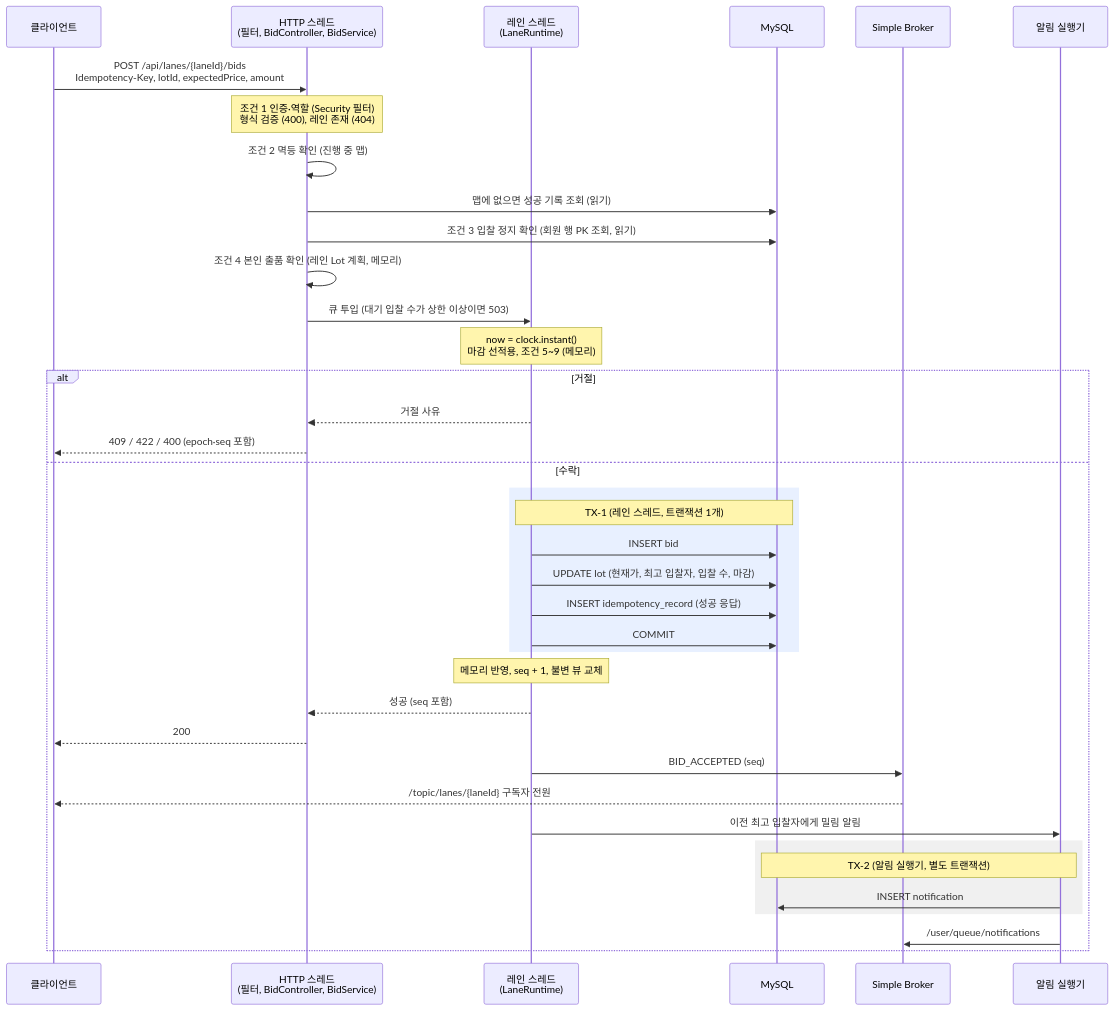
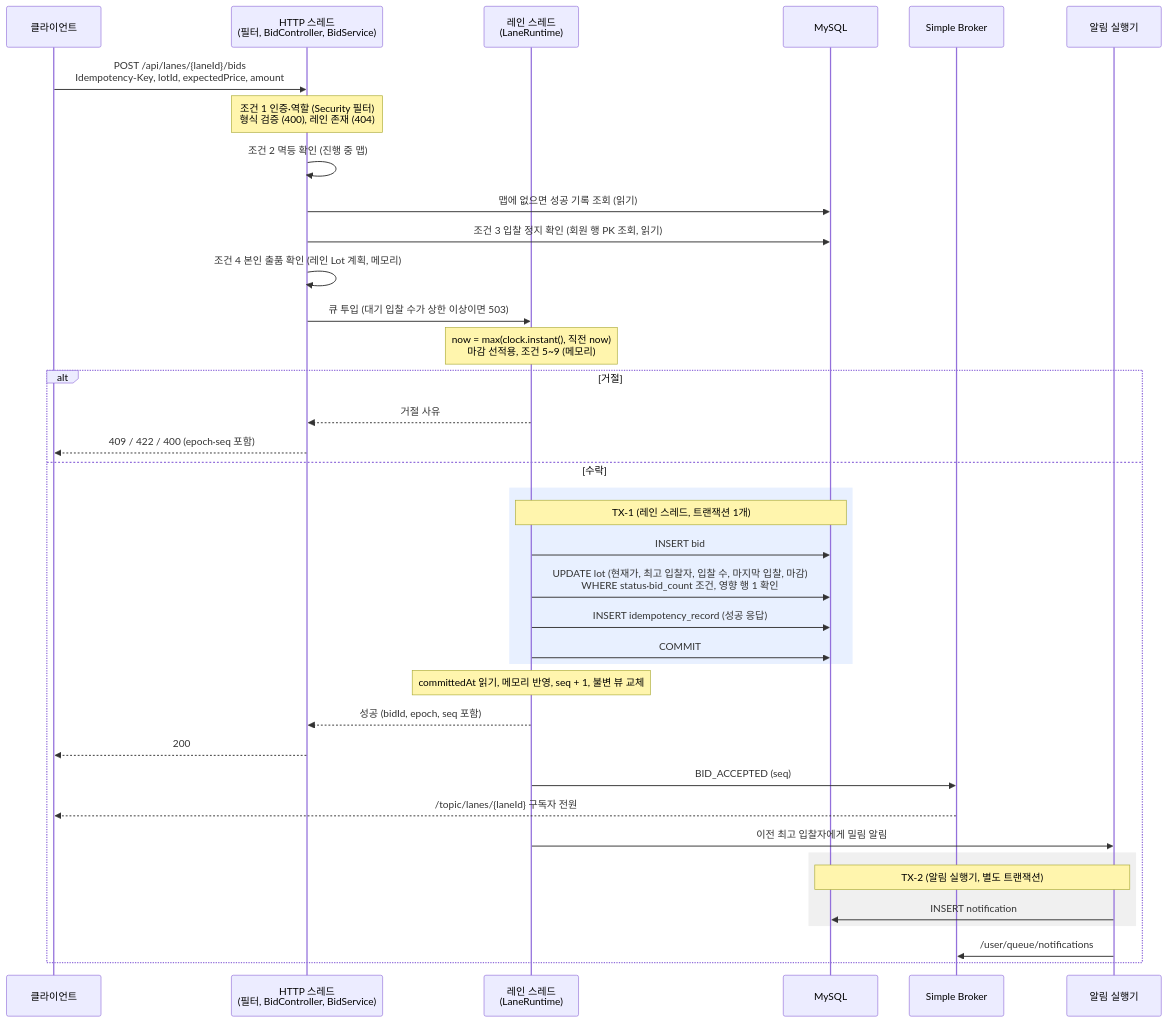
The third of 4 diagrams in docs/ARCHITECTURE.md (songstone/four-lane-auction), drawn with Mermaid before and after one commit. The commit also changed other lines of this file and 2 other files, not shown here.

First line of the commit message:
docs: 아키텍처 리뷰 결정 반영 (PRD 0.4, CHALLENGES 0.2, ARCHITECTURE 0.2)

````diff
--- a/docs/ARCHITECTURE.md
+++ b/docs/ARCHITECTURE.md
@@ -1044,41 +1101,41 @@
 ```mermaid
 sequenceDiagram
     participant C as 클라이언트
     participant H as HTTP 스레드<br/>(필터, BidController, BidService)
     participant L as 레인 스레드<br/>(LaneRuntime)
     participant DB as MySQL
     participant BR as Simple Broker
     participant N as 알림 실행기
 
     C->>H: POST /api/lanes/{laneId}/bids<br/>Idempotency-Key, lotId, expectedPrice, amount
     Note over H: 조건 1 인증·역할 (Security 필터)<br/>형식 검증 (400), 레인 존재 (404)
     H->>H: 조건 2 멱등 확인 (진행 중 맵)
     H->>DB: 맵에 없으면 성공 기록 조회 (읽기)
     H->>DB: 조건 3 입찰 정지 확인 (회원 행 PK 조회, 읽기)
     H->>H: 조건 4 본인 출품 확인 (레인 Lot 계획, 메모리)
     H->>L: 큐 투입 (대기 입찰 수가 상한 이상이면 503)
-    Note over L: now = clock.instant()<br/>마감 선적용, 조건 5~9 (메모리)
+    Note over L: now = max(clock.instant(), 직전 now)<br/>마감 선적용, 조건 5~9 (메모리)
     alt 거절
         L-->>H: 거절 사유
         H-->>C: 409 / 422 / 400 (epoch·seq 포함)
     else 수락
         rect rgb(232, 240, 255)
             Note over L,DB: TX-1 (레인 스레드, 트랜잭션 1개)
             L->>DB: INSERT bid
-            L->>DB: UPDATE lot (현재가, 최고 입찰자, 입찰 수, 마감)
+            L->>DB: UPDATE lot (현재가, 최고 입찰자, 입찰 수, 마지막 입찰, 마감)<br/>WHERE status·bid_count 조건, 영향 행 1 확인
             L->>DB: INSERT idempotency_record (성공 응답)
             L->>DB: COMMIT
         end
-        Note over L: 메모리 반영, seq + 1, 불변 뷰 교체
-        L-->>H: 성공 (seq 포함)
+        Note over L: committedAt 읽기, 메모리 반영, seq + 1, 불변 뷰 교체
+        L-->>H: 성공 (bidId, epoch, seq 포함)
         H-->>C: 200
         L->>BR: BID_ACCEPTED (seq)
         BR-->>C: /topic/lanes/{laneId} 구독자 전원
         L->>N: 이전 최고 입찰자에게 밀림 알림
         rect rgb(240, 240, 240)
             Note over N,DB: TX-2 (알림 실행기, 별도 트랜잭션)
             N->>DB: INSERT notification
         end
         N->>BR: /user/queue/notifications
     end
 ```
````
